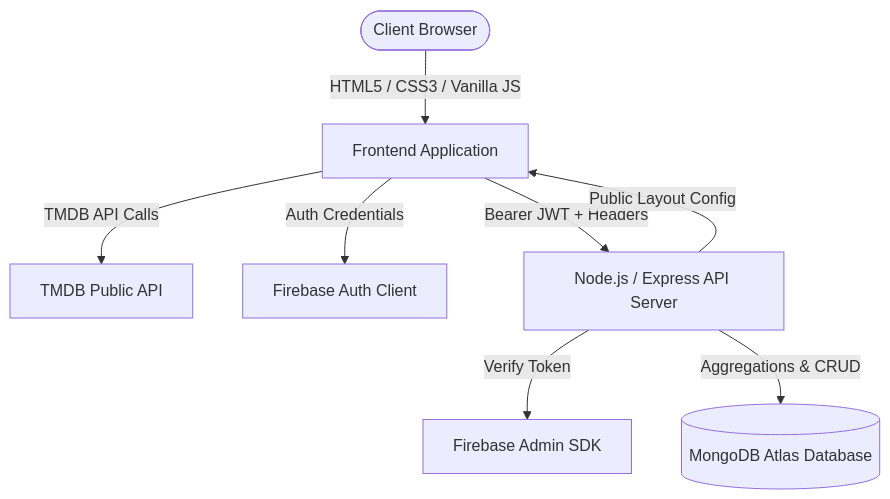
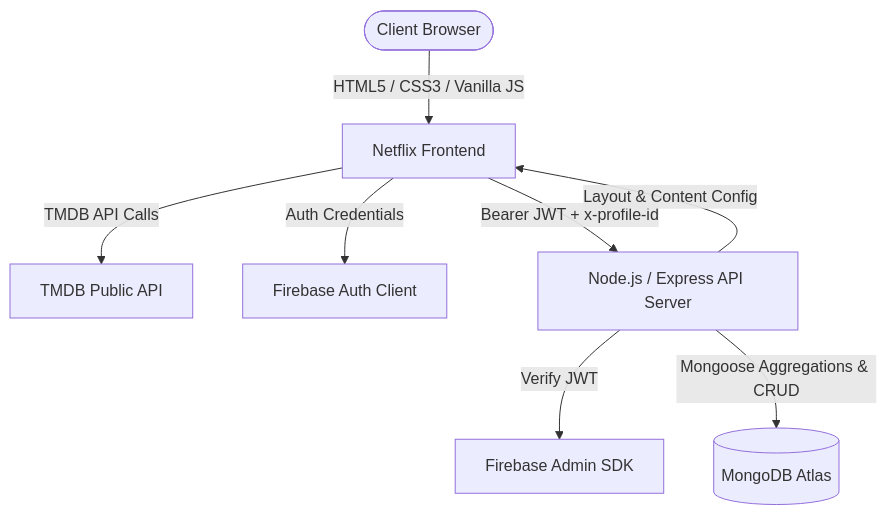
One commit to pyakio/NetflixClone changed the diagram in README.md. Above: the diagram before and after it, drawn with Mermaid. The commit also changed other lines of this file and 31 other files, not shown here.

Commit message:
feat: complete Netflix frontend redesign, multi-profile engine, and comprehensive documentation

````diff
--- a/README.md
+++ b/README.md
@@ -58,10 +82,10 @@
 ```mermaid
 graph TD
-    User([Client Browser]) -->|HTML5 / CSS3 / Vanilla JS| UI[Frontend Application]
+    User([Client Browser]) -->|HTML5 / CSS3 / Vanilla JS| UI[Netflix Frontend]
     UI -->|TMDB API Calls| TMDB[TMDB Public API]
     UI -->|Auth Credentials| FirebaseAuth[Firebase Auth Client]
-    UI -->|Bearer JWT + Headers| ExpressServer[Node.js / Express API Server]
-    ExpressServer -->|Verify Token| FirebaseAdmin[Firebase Admin SDK]
-    ExpressServer -->|Aggregations & CRUD| MongoDB[(MongoDB Atlas Database)]
-    ExpressServer -->|Public Layout Config| UI
+    UI -->|Bearer JWT + x-profile-id| ExpressServer[Node.js / Express API Server]
+    ExpressServer -->|Verify JWT| FirebaseAdmin[Firebase Admin SDK]
+    ExpressServer -->|Mongoose Aggregations & CRUD| MongoDB[(MongoDB Atlas)]
+    ExpressServer -->|Layout & Content Config| UI
 ```
````
